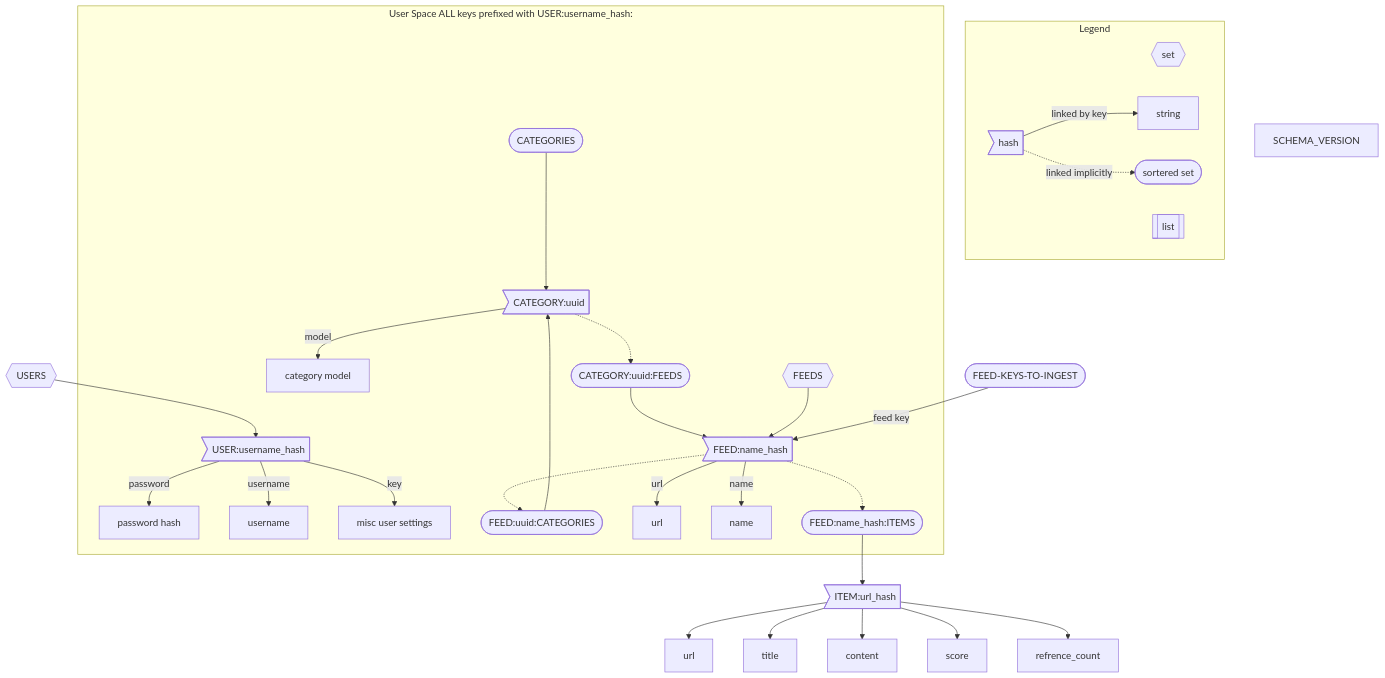
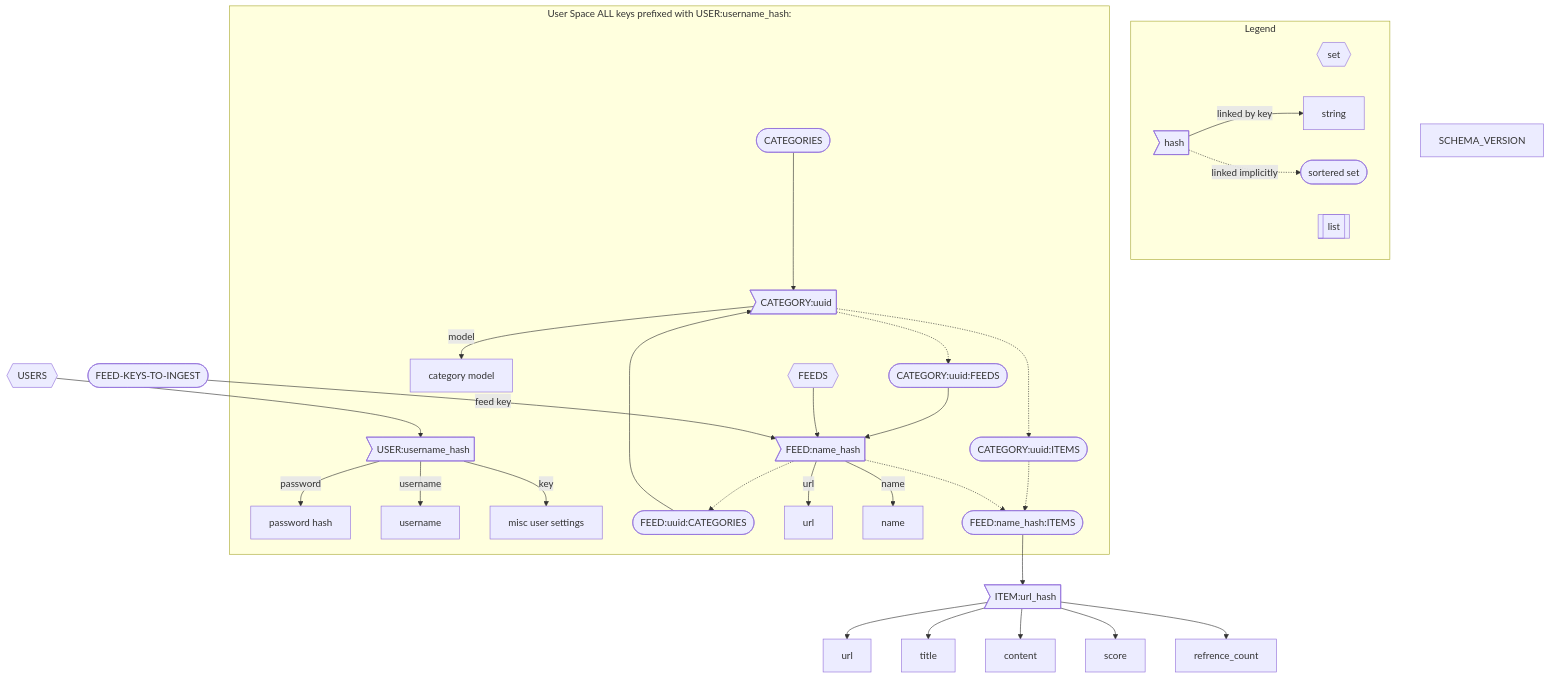
The diagram in README.md (mullinmax/aggy), drawn with Mermaid before and after one commit. The commit also changed 2 other files, not shown here.

Commit message:
new schema in diagram

````diff
--- a/README.md
+++ b/README.md
@@ -24,59 +24,62 @@
 ```mermaid
 flowchart TB
 
     subgraph Legend
         direction LR
         set{{set}}
         sorted_set([sortered set])
         string[string]
         hash>hash]
         list[[list]]
         hash --linked by key-->string
         hash -.linked implicitly.-> sorted_set
     end
 
     subgraph User Space ALL keys prefixed with USER:username_hash:
         user>USER:username_hash] 
         user--password--> password_hash[password hash]
         user--username--> username[username]
         user--key-->misc_user_settings[misc user settings]
         
         categories([CATEGORIES])
         category>CATEGORY:uuid]
         category_model[category model]
         category_feeds([CATEGORY:uuid:FEEDS])
+        category_items([CATEGORY:uuid:ITEMS])
         feed_categories([FEED:uuid:CATEGORIES])
         feeds{{FEEDS}}
         feed>FEED:name_hash]
         feed_url[url]
         feed_name[name]
         items([FEED:name_hash:ITEMS])
 
         
         categories --> category
         
         category --model--> category_model
+        category -.-> category_items
         category -.-> category_feeds
         category_feeds --> feed
+        category_items -.-> items
         feeds --> feed
         feed -.-> feed_categories
         feed_categories --> category
         feed --url--> feed_url
         feed --name--> feed_name
         feed -.-> items
 
         
     end
 
     items-->item
     item>ITEM:url_hash]
     item-->url
     item-->title
     item-->content
     item-->score
     item-->refrence_count
     schema_version[SCHEMA_VERSION]
     users{{USERS}} --> user
     feeds_to_ingest([FEED-KEYS-TO-INGEST]) --feed key--> feed
 
 ```
````
